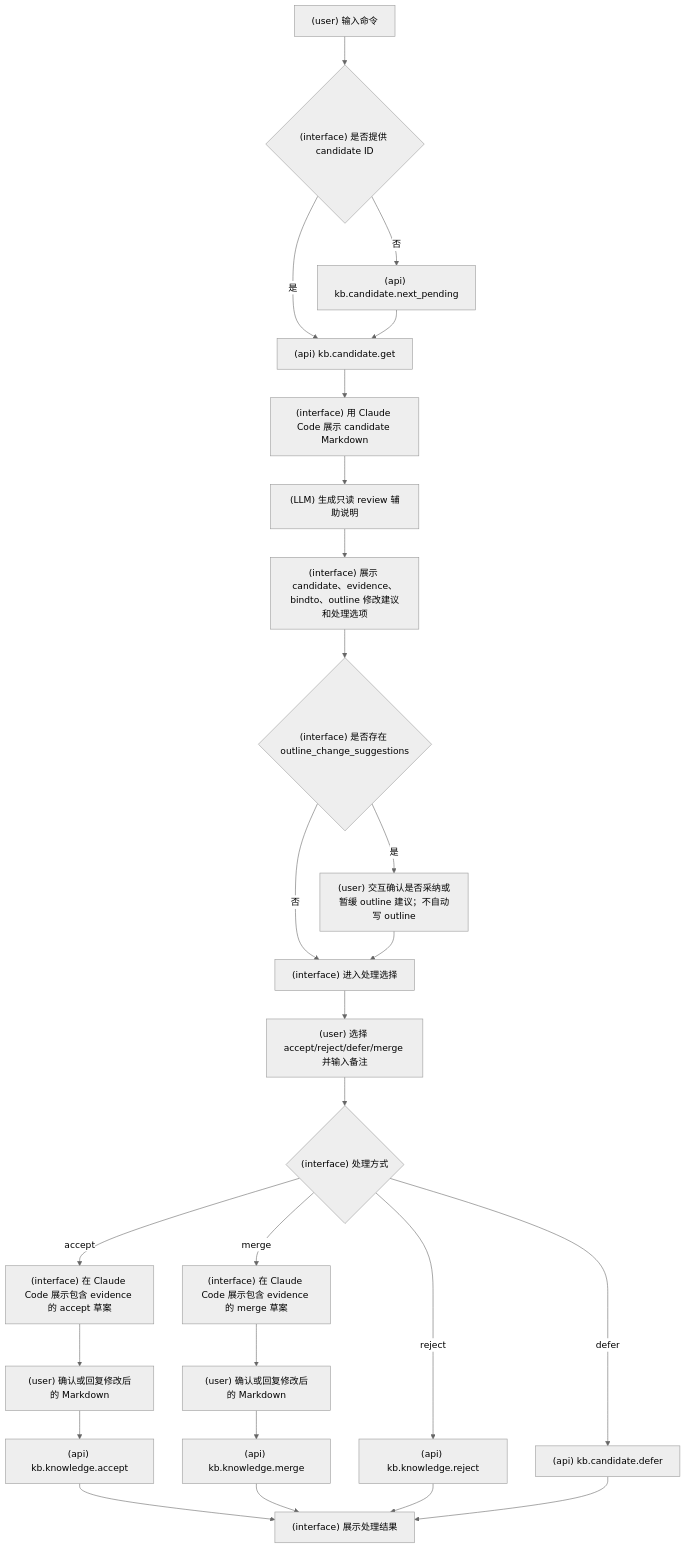
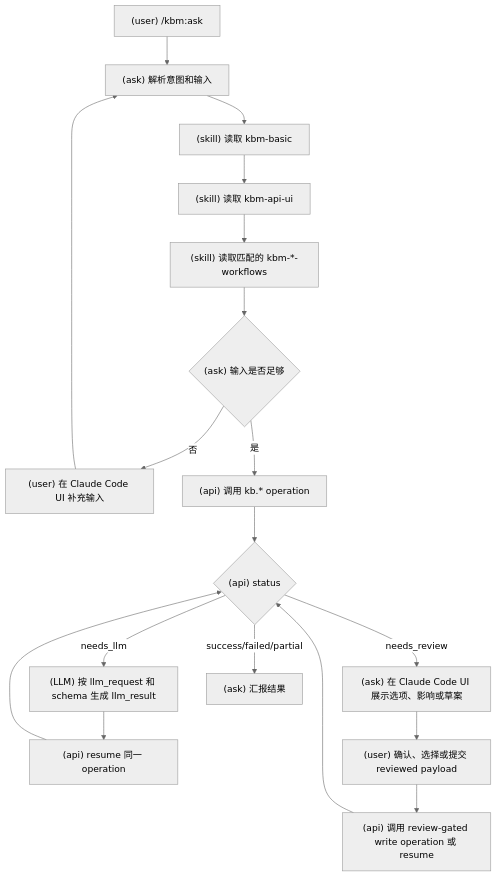
The first of 4 diagrams in docs/SlashCommand流程图.md (srangerme/KBManager), drawn with Mermaid (neutral theme) before and after one commit. The commit also changed other lines of this file and 50 other files, not shown here.

````diff
--- a/docs/SlashCommand流程图.md
+++ b/docs/SlashCommand流程图.md
@@ -31,28 +16,20 @@
 ```mermaid
 flowchart TD
-  A["(user) 输入命令"] --> B{"(interface) 是否提供 candidate ID"}
-  B -- 否 --> C["(api) kb.candidate.next_pending"]
-  B -- 是 --> D["(api) kb.candidate.get"]
-  C --> D
-  D --> E["(interface) 用 Claude Code 展示 candidate Markdown"]
-  E --> F["(LLM) 生成只读 review 辅助说明"]
-  F --> G["(interface) 展示 candidate、evidence、bindto、outline 修改建议和处理选项"]
-  G --> H{"(interface) 是否存在 outline_change_suggestions"}
-  H -- 是 --> I["(user) 交互确认是否采纳或暂缓 outline 建议；不自动写 outline"]
-  H -- 否 --> J["(interface) 进入处理选择"]
-  I --> J
-  J --> K["(user) 选择 accept/reject/defer/merge 并输入备注"]
-  K --> L{"(interface) 处理方式"}
-  L -- accept --> M["(interface) 在 Claude Code 展示包含 evidence 的 accept 草案"]
-  M --> N["(user) 确认或回复修改后的 Markdown"]
-  N --> O["(api) kb.knowledge.accept"]
-  L -- merge --> P["(interface) 在 Claude Code 展示包含 evidence 的 merge 草案"]
-  P --> Q["(user) 确认或回复修改后的 Markdown"]
-  Q --> R["(api) kb.knowledge.merge"]
-  L -- reject --> S["(api) kb.knowledge.reject"]
-  L -- defer --> T["(api) kb.candidate.defer"]
-  O --> U["(interface) 展示处理结果"]
-  R --> U
-  S --> U
-  T --> U
+  A["(user) /kbm:ask <request>"] --> B["(ask) 解析意图和输入"]
+  B --> C["(skill) 读取 kbm-basic"]
+  C --> D["(skill) 读取 kbm-api-ui"]
+  D --> W["(skill) 读取匹配的 kbm-*-workflows"]
+  W --> E{"(ask) 输入是否足够"}
+  E -- 否 --> F["(user) 在 Claude Code UI 补充输入"]
+  F --> B
+  E -- 是 --> I["(api) 调用 kb.* operation"]
+  I --> J{"(api) status"}
+  J -- needs_llm --> K["(LLM) 按 llm_request 和 schema 生成 llm_result"]
+  K --> L["(api) resume 同一 operation"]
+  L --> J
+  J -- needs_review --> M["(ask) 在 Claude Code UI 展示选项、影响或草案"]
+  M --> N["(user) 确认、选择或提交 reviewed payload"]
+  N --> O["(api) 调用 review-gated write operation 或 resume"]
+  O --> J
+  J -- success/failed/partial --> Z["(ask) 汇报结果"]
 ```
````
